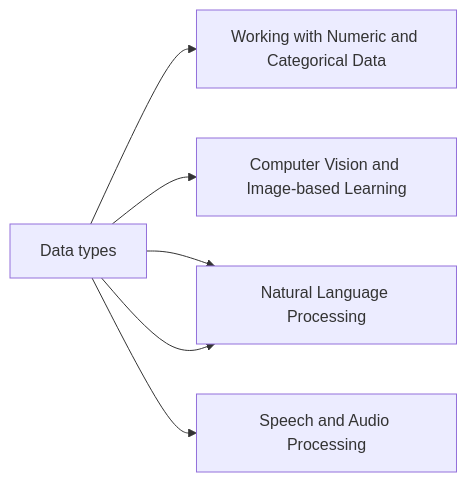
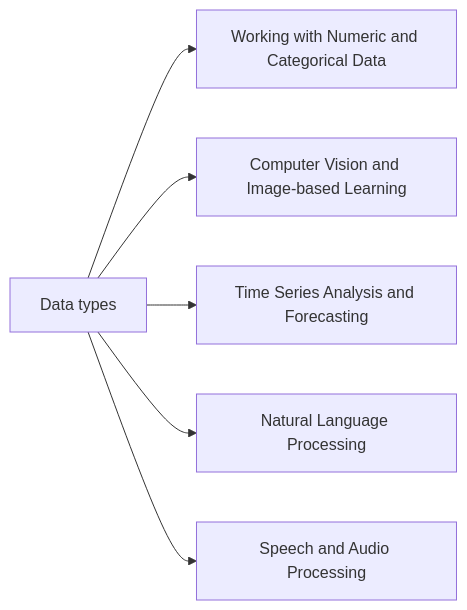
The diagram in docs/mlpaths.md (ua-datalab/ua-datalab.github.io), drawn with Mermaid before and after one commit.

````diff
--- a/docs/mlpaths.md
+++ b/docs/mlpaths.md
@@ -6,8 +6,8 @@
 ```mermaid
   flowchart LR;
-      A[Data types]-->B[Working with Numeric and Categorical Data];
+      A@{shape:processes, label: "Data types"}-->B[Working with Numeric and Categorical Data];
       A-->C[Computer Vision and Image-based Learning];
       A-->D[Time Series Analysis and Forecasting];
-      A-->D[Natural Language Processing];
-      A-->E[Speech and Audio Processing];
+      A-->E[Natural Language Processing];
+      A-->F[Speech and Audio Processing];
 ```
````
